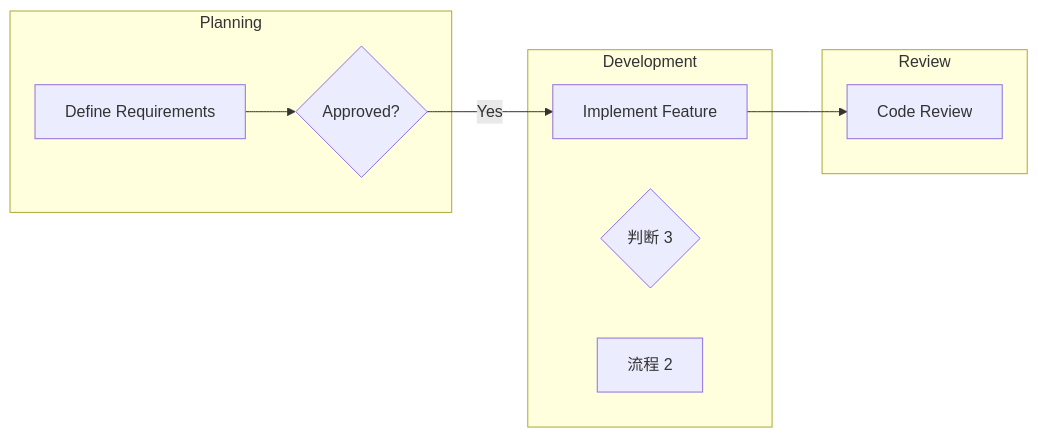
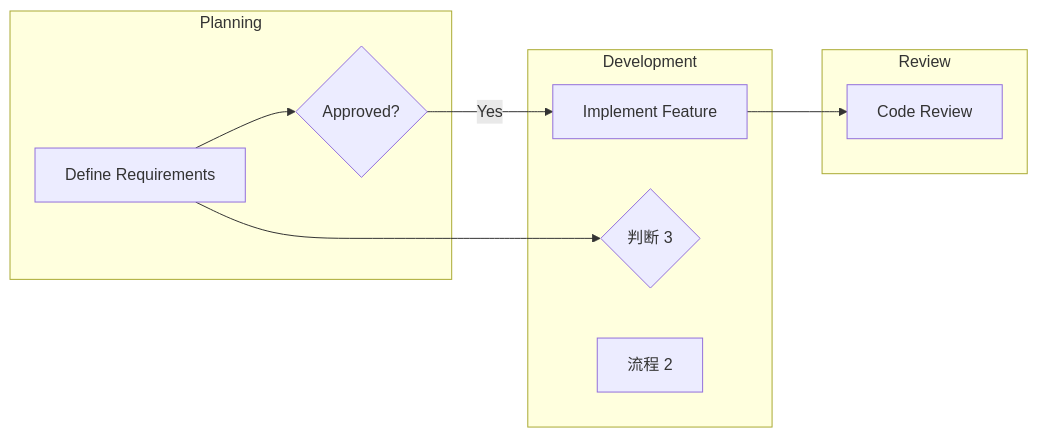
The diagram in notes/1111_1d9d633a-5bbd-4d54-9737-00bfe004ea8d.md (pingpm/mermaid_vault), drawn with Mermaid before and after one commit. The commit also changed 2 other files, not shown here.

Commit message:
Sync Mermaid Studio data (12 diagrams)

````diff
--- a/notes/1111_1d9d633a-5bbd-4d54-9737-00bfe004ea8d.md
+++ b/notes/1111_1d9d633a-5bbd-4d54-9737-00bfe004ea8d.md
@@ -3,19 +3,20 @@
 ```mermaid
 graph LR
   subgraph lane_lane_1["Planning"]
+    t_task_2{"Approved?"}
     t_task_1["Define Requirements"]
-    t_task_2{"Approved?"}
   end
   subgraph lane_lane_2["Development"]
     t_task_3["Implement Feature"]
     t_288b81bb_5983_4dd7_b060_7880e81beab4{"判断 3"}
     t_113a10d4_b994_4d3d_9dc2_eeb89ee88102["流程 2"]
   end
   subgraph lane_lane_3["Review"]
     t_task_4["Code Review"]
   end
   t_task_1 --> t_task_2
   t_task_2 -->|"Yes"| t_task_3
   t_task_3 --> t_task_4
+  t_task_1 --> t_288b81bb_5983_4dd7_b060_7880e81beab4
 
 ```
````
